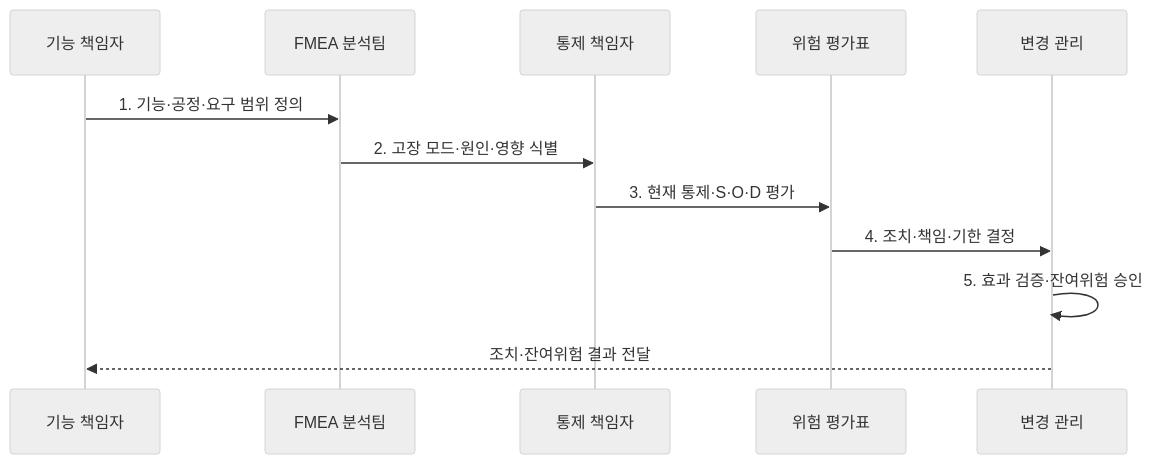
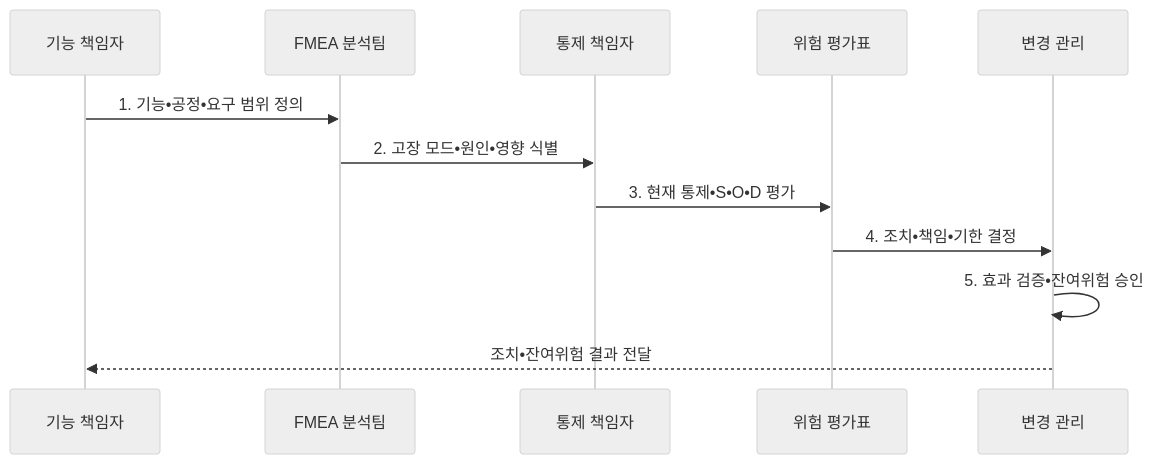
The second of 2 diagrams in src/content/docs/notes/06-evaluation/028_fmea_failure_mode_effect_analysis.md (agnusdei1207/knowledge-base), drawn with Mermaid (neutral theme) before and after one commit. The commit also changed other lines of this file and 953 other files, not shown here.

````diff
--- a/src/content/docs/notes/06-evaluation/028_fmea_failure_mode_effect_analysis.md
+++ b/src/content/docs/notes/06-evaluation/028_fmea_failure_mode_effect_analysis.md
@@ -100,14 +100,14 @@
 ```mermaid
 sequenceDiagram
   participant O as 기능 책임자
   participant A as FMEA 분석팀
   participant C as 통제 책임자
   participant R as 위험 평가표
   participant M as 변경 관리
-  O->>A: 1. 기능·공정·요구 범위 정의
-  A->>C: 2. 고장 모드·원인·영향 식별
-  C->>R: 3. 현재 통제·S·O·D 평가
-  R->>M: 4. 조치·책임·기한 결정
-  M->>M: 5. 효과 검증·잔여위험 승인
-  M-->>O: 조치·잔여위험 결과 전달
+  O->>A: 1. 기능•공정•요구 범위 정의
+  A->>C: 2. 고장 모드•원인•영향 식별
+  C->>R: 3. 현재 통제•S•O•D 평가
+  R->>M: 4. 조치•책임•기한 결정
+  M->>M: 5. 효과 검증•잔여위험 승인
+  M-->>O: 조치•잔여위험 결과 전달
 ```
````
